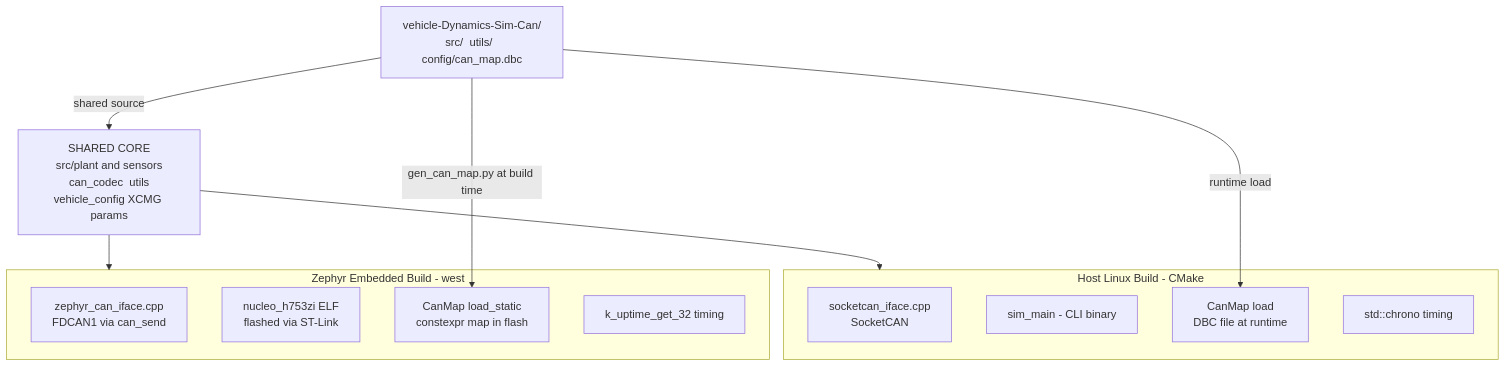
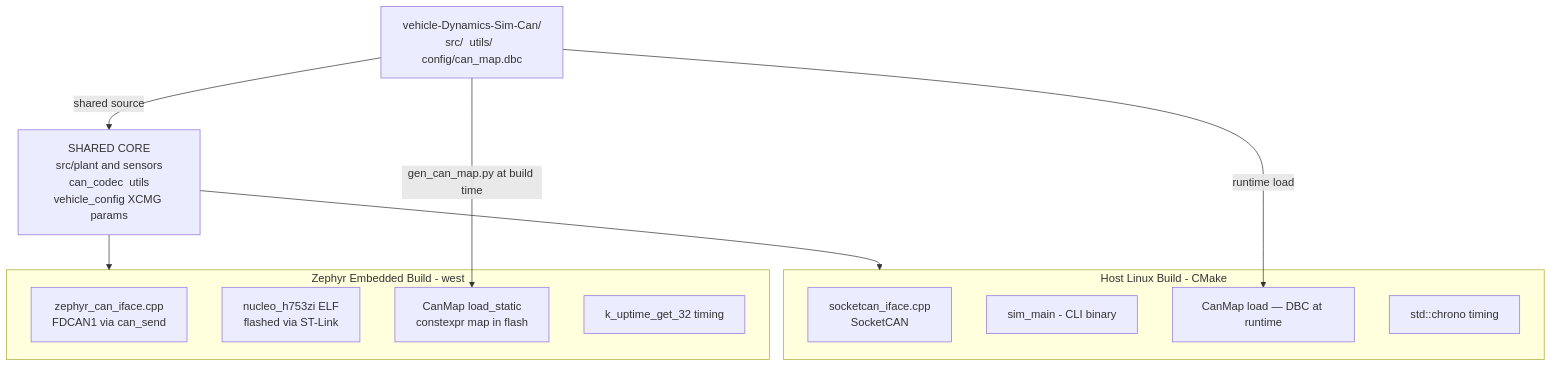
Before and after one commit to mtilocca/vehicle-Dynamics-Sim-Can: the third of 7 diagrams in docs/zephyr/ZEPHYR_PORT.md, drawn with Mermaid. The commit also changed other lines of this file and 3 other files, not shown here.

````diff
--- a/docs/zephyr/ZEPHYR_PORT.md
+++ b/docs/zephyr/ZEPHYR_PORT.md
@@ -129,26 +146,24 @@
 ```mermaid
 graph TD
     ROOT["vehicle-Dynamics-Sim-Can/\nsrc/  utils/  config/can_map.dbc"]
-
     ROOT -->|"shared source"| SHARED["SHARED CORE\nsrc/plant and sensors\ncan_codec  utils\nvehicle_config XCMG params"]
-
     SHARED --> HOST
     SHARED --> ZEPH
 
     subgraph HOST["Host Linux Build - CMake"]
         H1["socketcan_iface.cpp\nSocketCAN"]
         H2["sim_main - CLI binary"]
-        H3["CanMap load\nDBC file at runtime"]
+        H3["CanMap load — DBC at runtime"]
         H4["std::chrono timing"]
     end
 
     subgraph ZEPH["Zephyr Embedded Build - west"]
         Z1["zephyr_can_iface.cpp\nFDCAN1 via can_send"]
         Z2["nucleo_h753zi ELF\nflashed via ST-Link"]
         Z3["CanMap load_static\nconstexpr map in flash"]
         Z4["k_uptime_get_32 timing"]
     end
 
     ROOT -->|"runtime load"| H3
     ROOT -->|"gen_can_map.py at build time"| Z3
 ```
````
